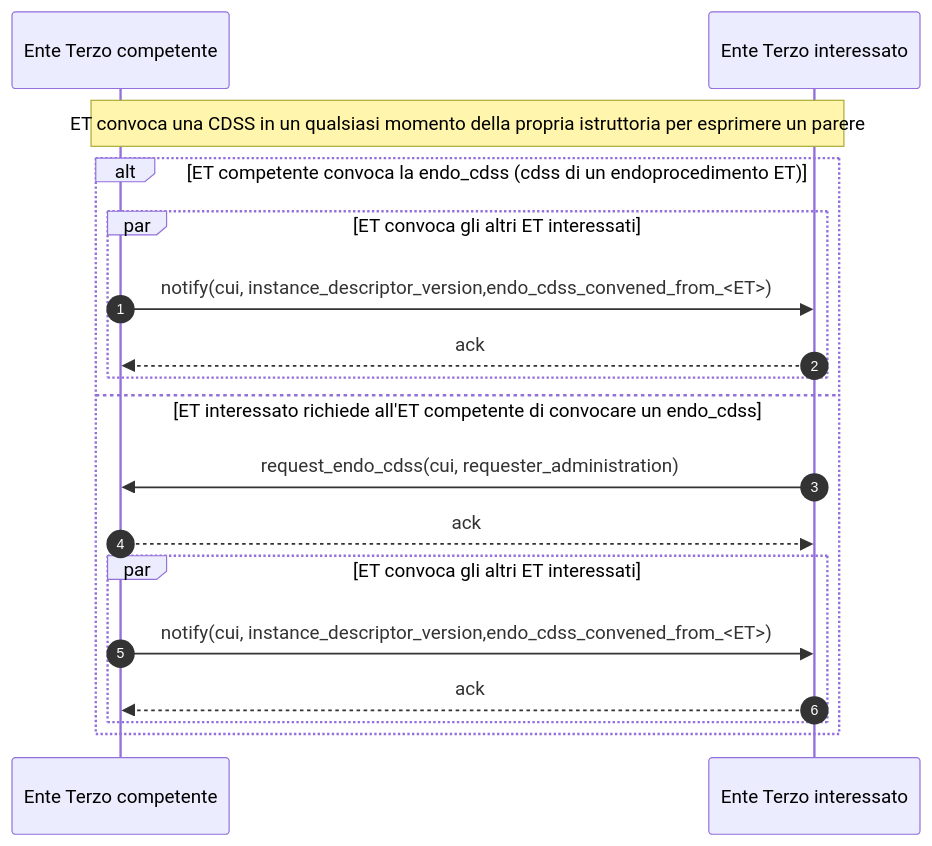
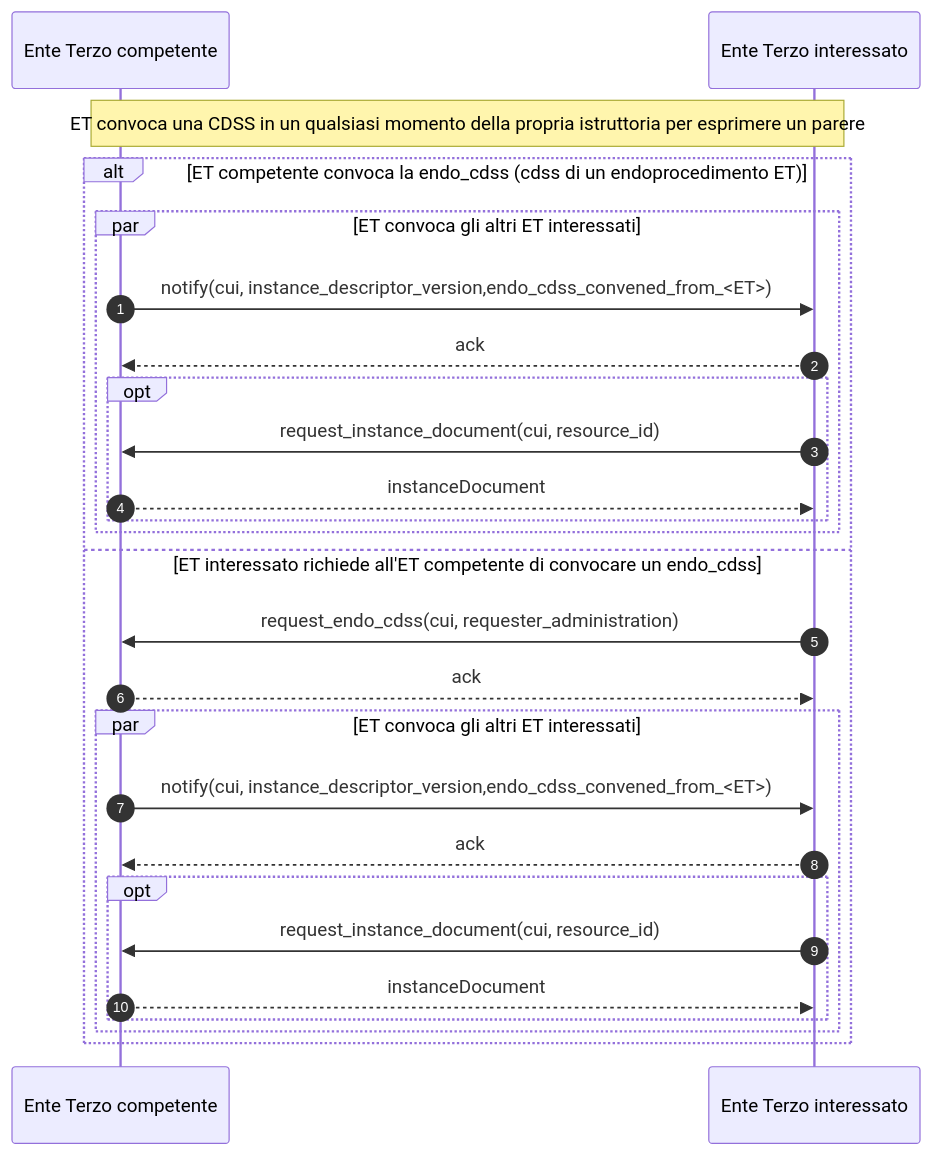
Before and after one commit to AgID/specifiche-tecniche-DPR-160-2010: the diagram in sequence-diagram/Endo_CDSS_ET.mermaid, drawn with Mermaid. The commit also changed 3 other files, not shown here.

```diff
--- a/sequence-diagram/Endo_CDSS_ET.mermaid
+++ b/sequence-diagram/Endo_CDSS_ET.mermaid
@@ -1,21 +1,29 @@
 sequenceDiagram
     autonumber
 
     participant EC as Ente Terzo competente
     participant EI as Ente Terzo interessato 
 
     Note over EC,EI: ET convoca una CDSS in un qualsiasi momento della propria istruttoria per esprimere un parere
 
     alt ET competente convoca la endo_cdss (cdss di un endoprocedimento ET)
         par ET convoca gli altri ET interessati
             EC ->> EI: notify(cui, instance_descriptor_version,endo_cdss_convened_from_<ET>)
             EI -->> EC: ack
+            opt
+                EI ->> EC: request_instance_document(cui, resource_id)
+                EC -->> EI: instanceDocument 
+            end
         end
     else ET interessato richiede all'ET competente di convocare un endo_cdss
         EI ->> EC: request_endo_cdss(cui, requester_administration)
         EC -->> EI: ack
         par ET convoca gli altri ET interessati
             EC ->> EI: notify(cui, instance_descriptor_version,endo_cdss_convened_from_<ET>)
             EI -->> EC: ack
+            opt
+                EI ->> EC: request_instance_document(cui, resource_id)
+                EC -->> EI: instanceDocument 
+            end
         end
     end
```
